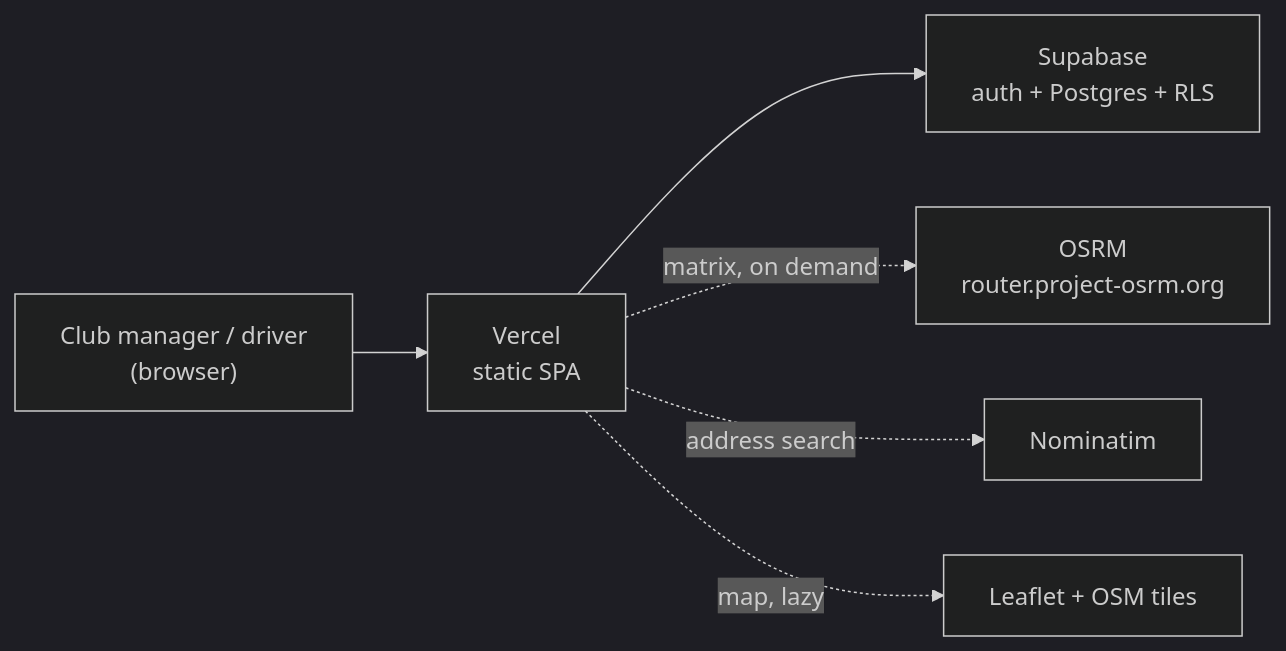
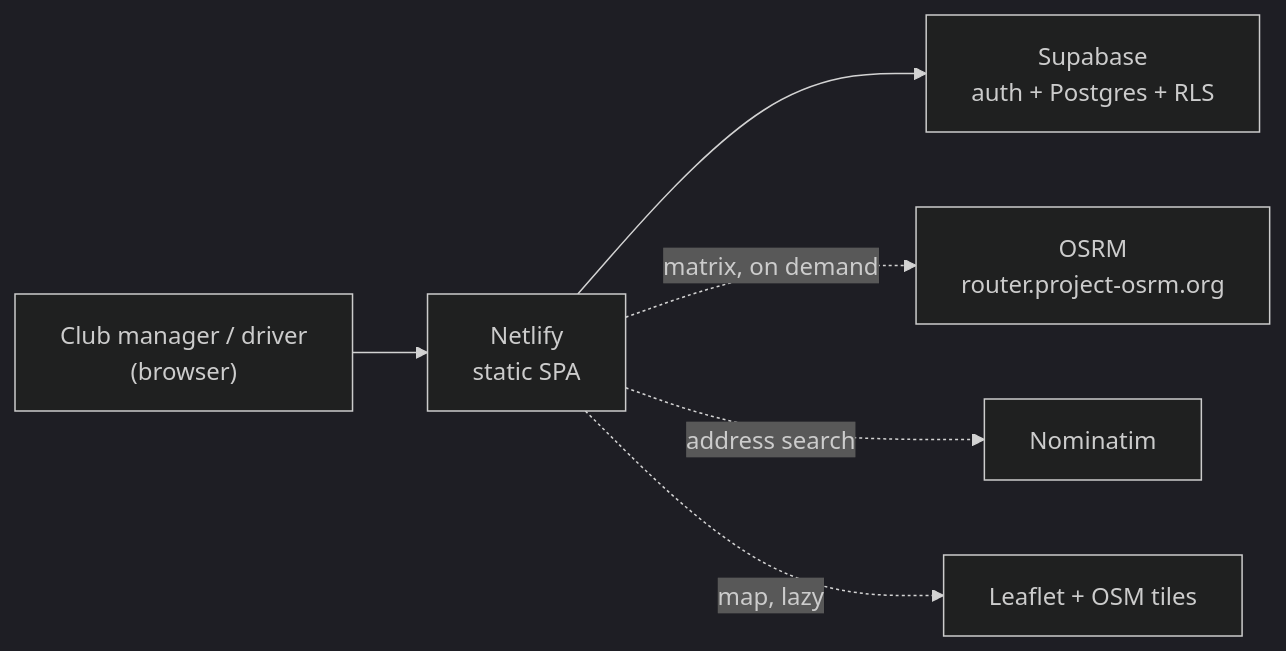
The first of 4 diagrams in docs/ARCHITECTURE.md (btndbrt/fuvarterv), drawn with Mermaid (dark theme) before and after one commit. The commit also changed other lines of this file and 11 other files, not shown here.

Commit message:
Move from Vercel to Netlify

````diff
--- a/docs/ARCHITECTURE.md
+++ b/docs/ARCHITECTURE.md
@@ -67,8 +67,8 @@
 ```mermaid
 flowchart LR
-    U["Club manager / driver<br/>(browser)"] --> V["Vercel<br/>static SPA"]
+    U["Club manager / driver<br/>(browser)"] --> V["Netlify<br/>static SPA"]
     V --> S["Supabase<br/>auth + Postgres + RLS"]
     V -. "matrix, on demand" .-> O["OSRM<br/>router.project-osrm.org"]
     V -. "address search" .-> N["Nominatim"]
     V -. "map, lazy" .-> L["Leaflet + OSM tiles"]
 ```
````
